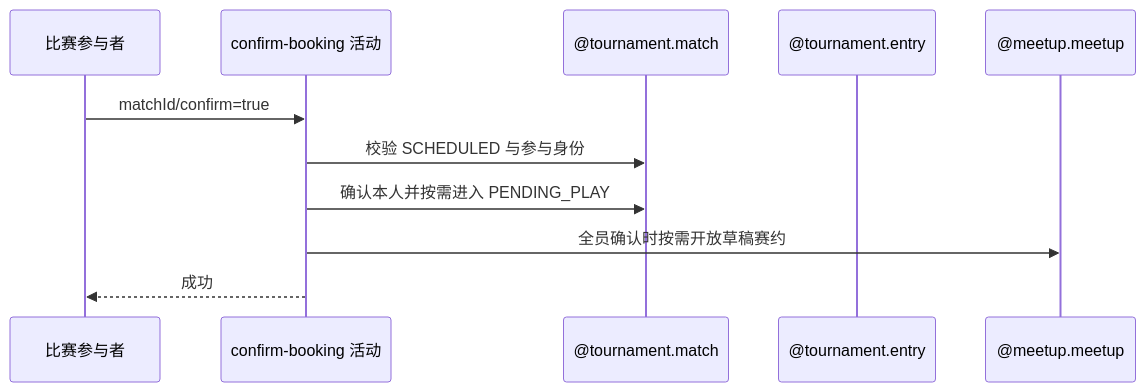
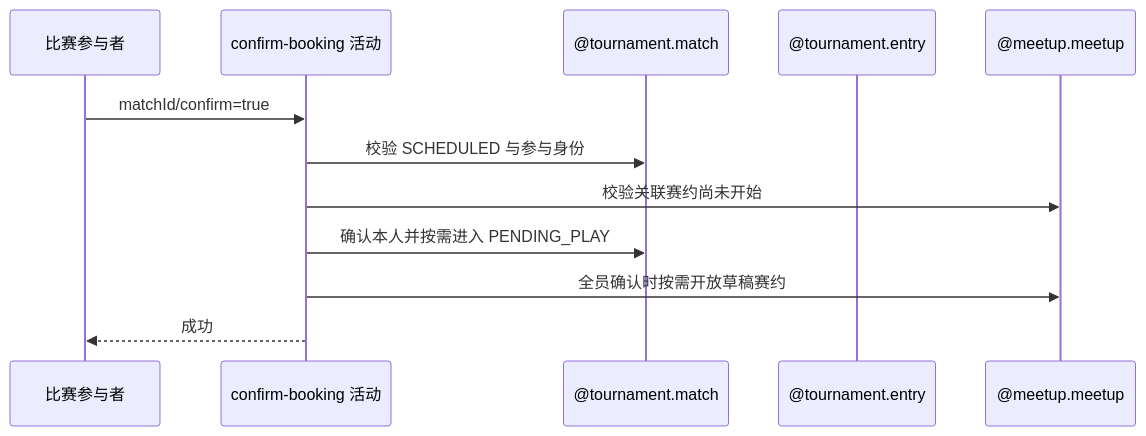
Before and after one commit to chxt100016/Rally: the diagram in blueprint/spec/tournament/booking-confirm/confirm-booking/activity.md, drawn with Mermaid. The commit also changed other lines of this file and 7 other files, not shown here.

````diff
--- a/blueprint/spec/tournament/booking-confirm/confirm-booking/activity.md
+++ b/blueprint/spec/tournament/booking-confirm/confirm-booking/activity.md
@@ -13,13 +15,14 @@
 ```mermaid
 sequenceDiagram
     participant U as 比赛参与者
     participant A as confirm-booking 活动
     participant M as @tournament.match
     participant E as @tournament.entry
     participant P as @meetup.meetup
     U->>A: matchId/confirm=true
     A->>M: 校验 SCHEDULED 与参与身份
+    A->>P: 校验关联赛约尚未开始
     A->>M: 确认本人并按需进入 PENDING_PLAY
     A->>P: 全员确认时按需开放草稿赛约
     A-->>U: 成功
 ```
````
